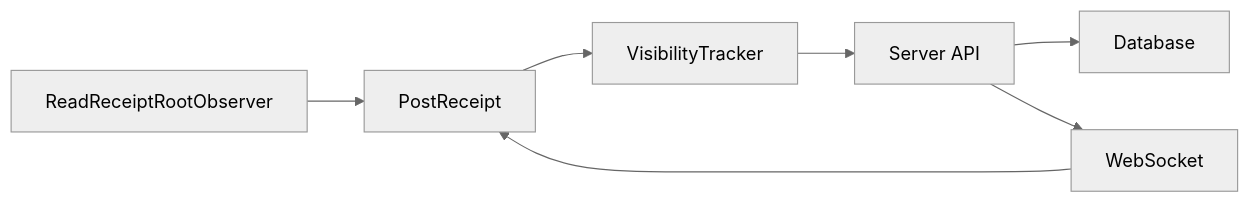
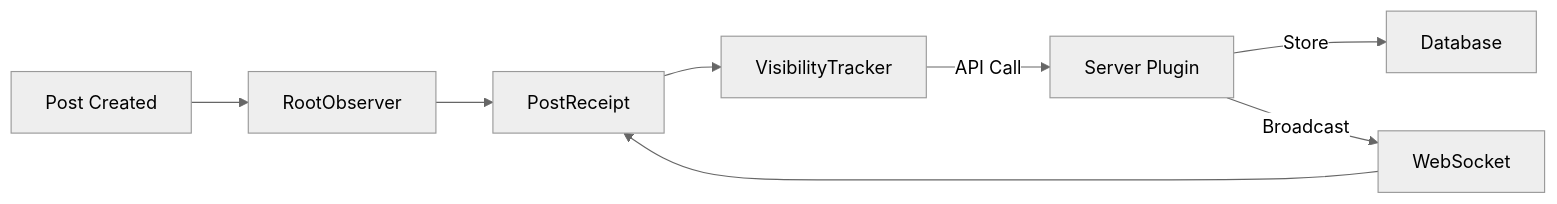
The third of 3 diagrams in README.md (ghaffaria/Mattermost-Read-Receipts), drawn with Mermaid (neutral theme) before and after one commit. The commit also changed other lines of this file and 1 other file, not shown here.

````diff
--- a/README.md
+++ b/README.md
@@ -53,9 +267,10 @@
 ```mermaid
 graph LR
-    A[ReadReceiptRootObserver] --> B[PostReceipt]
-    B --> C[VisibilityTracker]
-    C --> D[Server API]
-    D --> E[Database]
-    D --> F[WebSocket]
-    F --> B
+    A[Post Created] --> B[RootObserver]
+    B --> C[PostReceipt]
+    C --> D[VisibilityTracker]
+    D -- API Call --> E[Server Plugin]
+    E -- Store --> F[Database]
+    E -- Broadcast --> G[WebSocket]
+    G --> C
 ```
````
